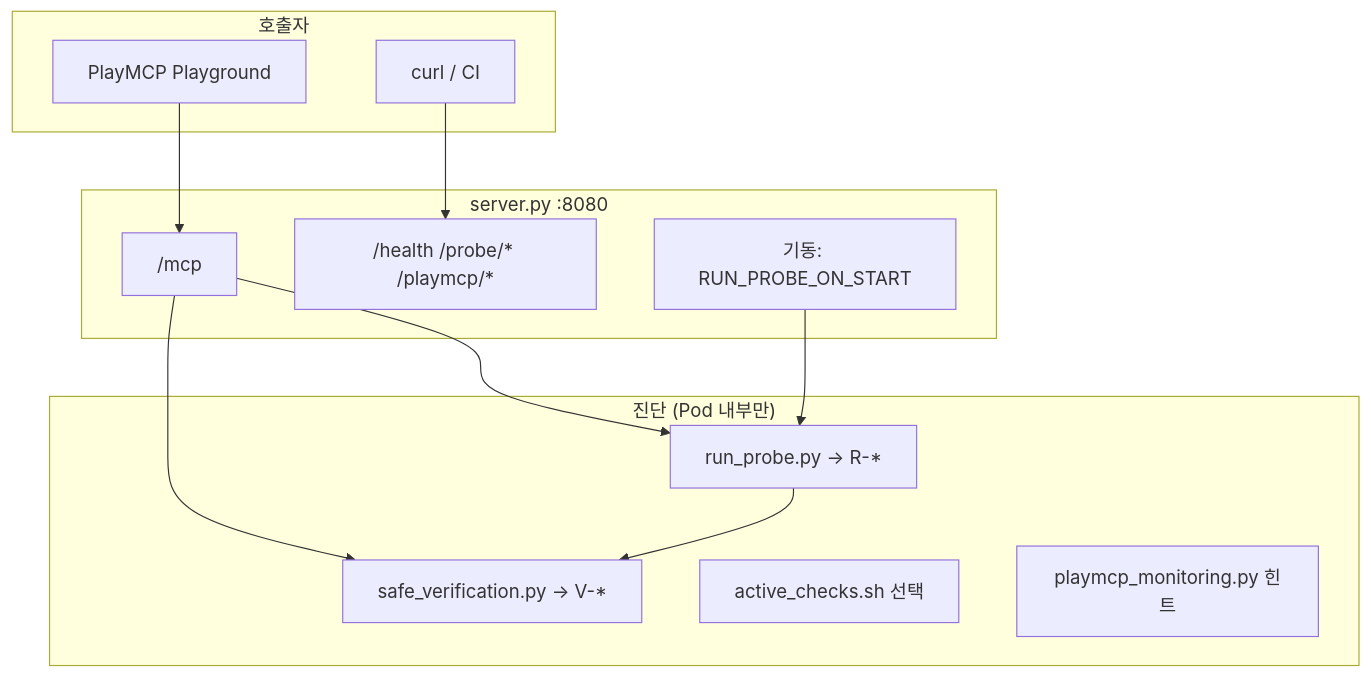
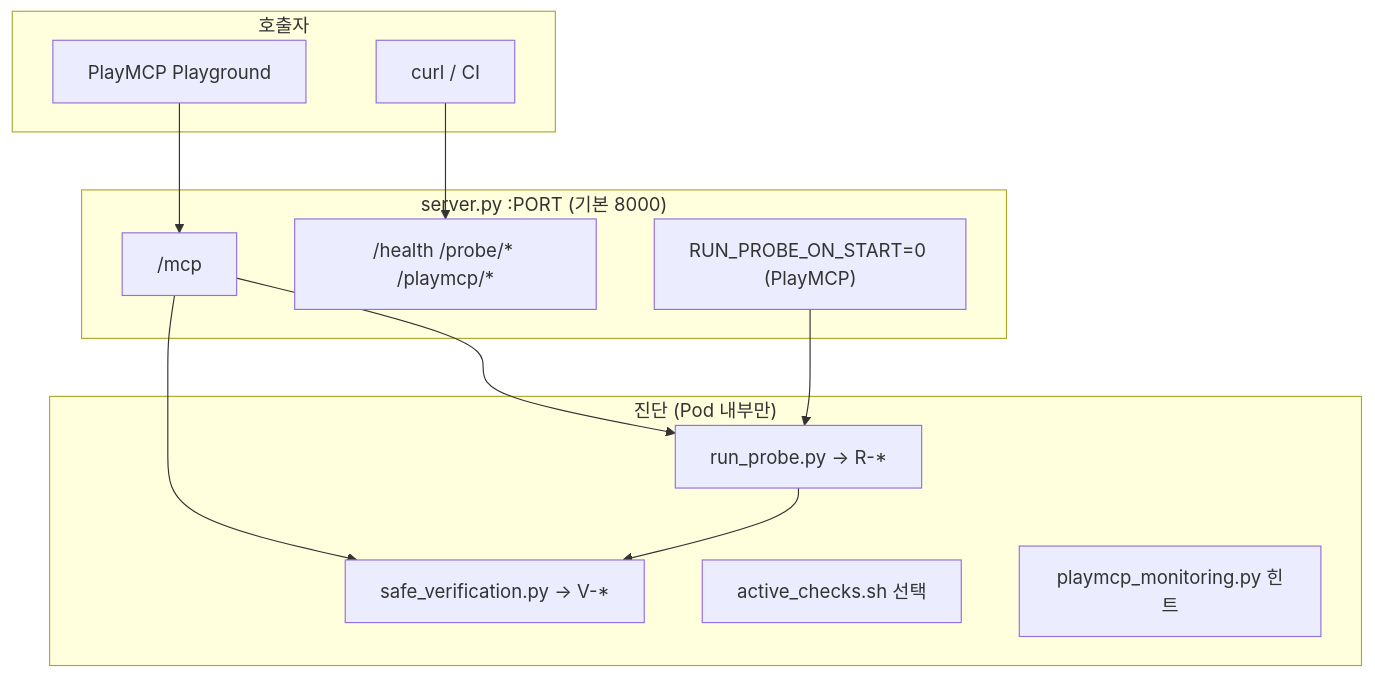
Before and after one commit to pgt0312/Kuma-test: the diagram in README.md, drawn with Mermaid. The commit also changed other lines of this file and 15 other files, not shown here.

````diff
--- a/README.md
+++ b/README.md
@@ -51,27 +53,27 @@
 ```mermaid
 flowchart TB
     subgraph clients["호출자"]
         PM[PlayMCP Playground]
         CURL[curl / CI]
     end
 
-    subgraph server["server.py :8080"]
+    subgraph server["server.py :PORT (기본 8000)"]
         MCP["/mcp"]
         REST["/health /probe/* /playmcp/*"]
-        LIFE["기동: RUN_PROBE_ON_START"]
+        LIFE["RUN_PROBE_ON_START=0 (PlayMCP)"]
     end
 
     subgraph diag["진단 (Pod 내부만)"]
         ESC["run_probe.py → R-*"]
         SAFE["safe_verification.py → V-*"]
         ACT["active_checks.sh 선택"]
         MON["playmcp_monitoring.py 힌트"]
     end
 
     PM --> MCP
     CURL --> REST
     LIFE --> ESC
     MCP --> ESC
     MCP --> SAFE
     ESC --> SAFE
 ```
````
